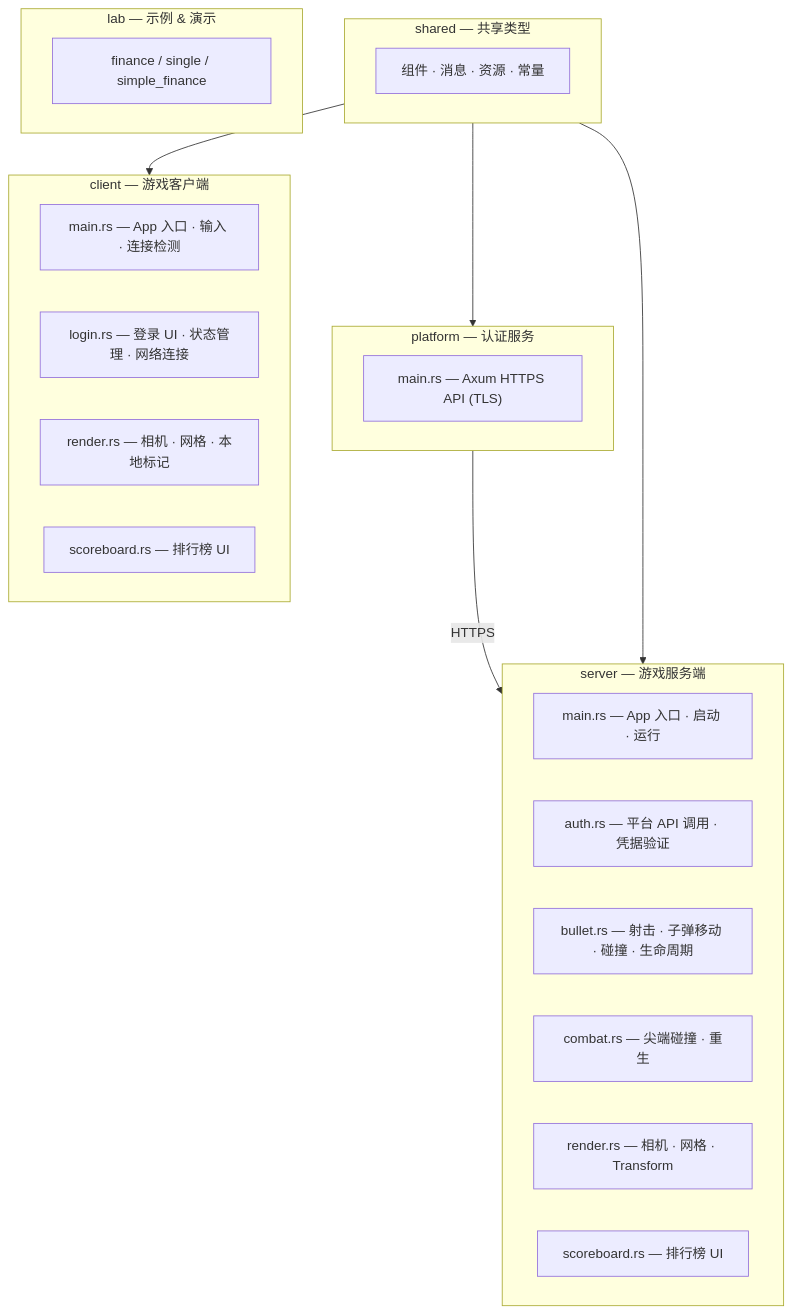
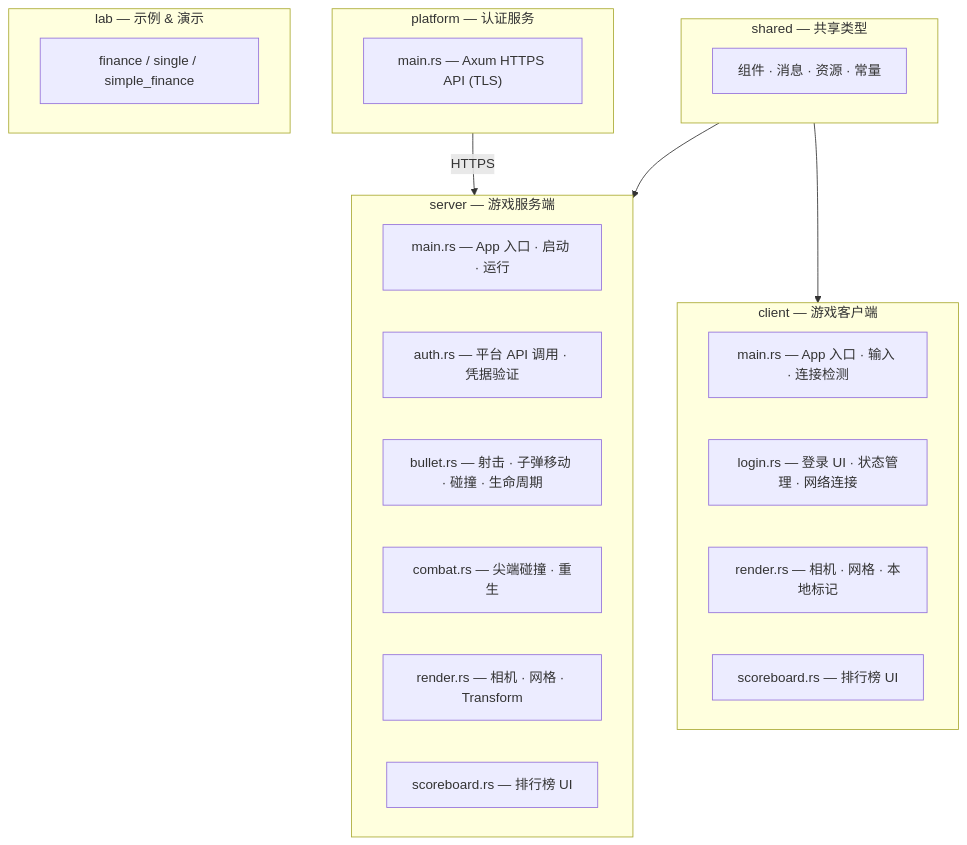
One commit to kindywu/simple_bevy changed the first of 3 diagrams in DESIGN.md. Above: the diagram before and after it, drawn with Mermaid. The commit also changed 1 other file, not shown here.

````diff
--- a/DESIGN.md
+++ b/DESIGN.md
@@ -9,35 +9,34 @@
 ```mermaid
 graph TD
     subgraph Platform["platform — 认证服务"]
         P_AUTH["main.rs — Axum HTTPS API (TLS)"]
     end
 
     subgraph Shared["shared — 共享类型"]
         S_TYPES["组件 · 消息 · 资源 · 常量"]
     end
 
     subgraph Server["server — 游戏服务端"]
         SV_MAIN["main.rs — App 入口 · 启动 · 运行"]
         SV_AUTH["auth.rs — 平台 API 调用 · 凭据验证"]
         SV_BULLET["bullet.rs — 射击 · 子弹移动 · 碰撞 · 生命周期"]
         SV_COMBAT["combat.rs — 尖端碰撞 · 重生"]
         SV_RENDER["render.rs — 相机 · 网格 · Transform"]
         SV_SCORE["scoreboard.rs — 排行榜 UI"]
     end
 
     subgraph Client["client — 游戏客户端"]
         CL_MAIN["main.rs — App 入口 · 输入 · 连接检测"]
         CL_LOGIN["login.rs — 登录 UI · 状态管理 · 网络连接"]
         CL_RENDER["render.rs — 相机 · 网格 · 本地标记"]
         CL_SCORE["scoreboard.rs — 排行榜 UI"]
     end
 
     subgraph Lab["lab — 示例 & 演示"]
         LAB_EXAMPLES["finance / single / simple_finance"]
     end
 
     Platform -->|"HTTPS"| Server
     Shared --> Server
     Shared --> Client
-    Shared --> Platform
 ```
````
